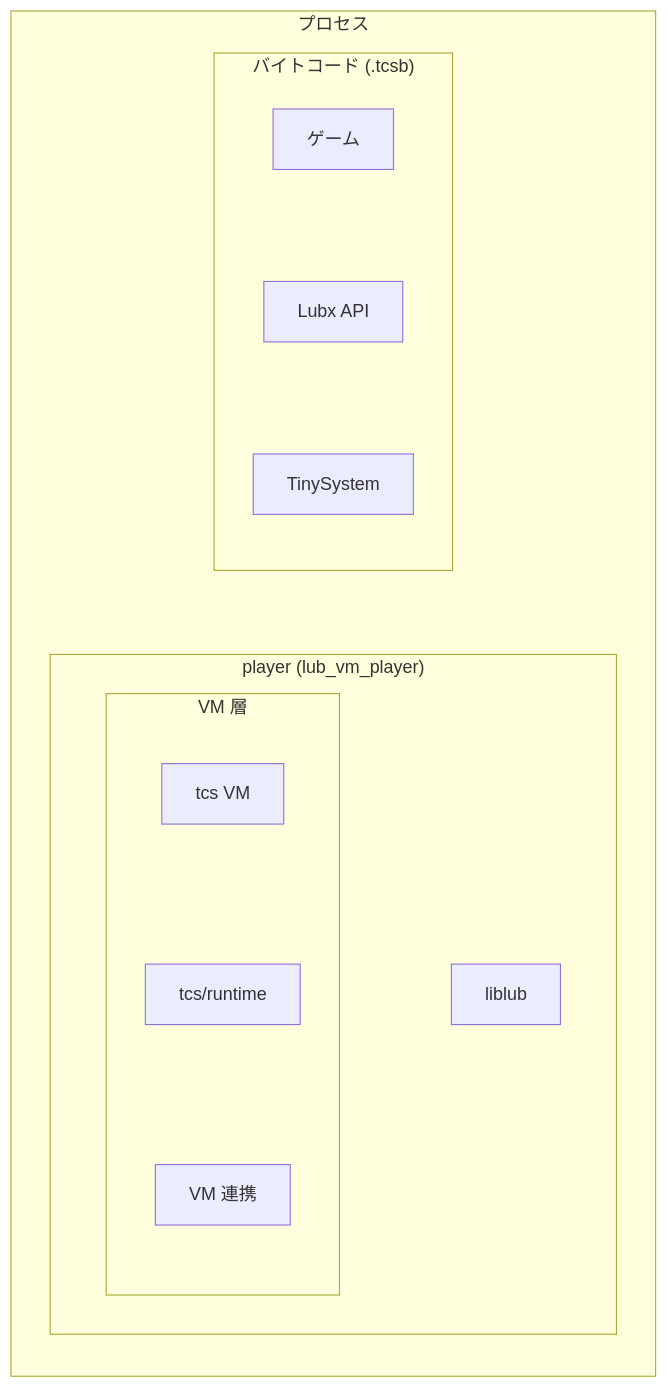
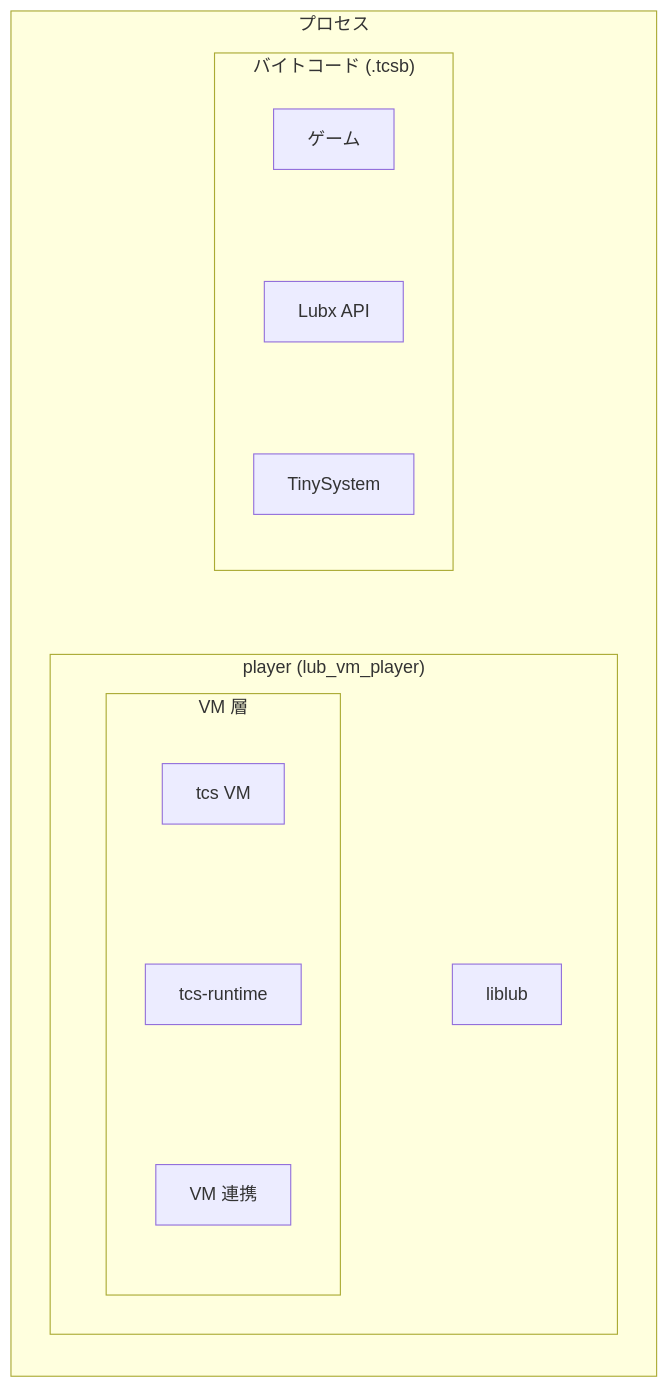
One commit to neguse/lub changed the first of 3 diagrams in docs/develop.md. Above: the diagram before and after it, drawn with Mermaid. The commit also changed other lines of this file and 124 other files, not shown here.

First line of the commit message:
tcs の本体、VM、runtime を src/ の下に移す

````diff
--- a/docs/develop.md
+++ b/docs/develop.md
@@ -22,18 +22,18 @@
 ```mermaid
 flowchart LR
     subgraph vm_proc["プロセス"]
         subgraph vm_mod["バイトコード (.tcsb)"]
             direction TB
             vm_game["ゲーム"] ~~~ vm_lubx["Lubx API"] ~~~ vm_ts["TinySystem"]
         end
         subgraph vm_player["player (lub_vm_player)"]
             subgraph vm_core["VM 層"]
                 direction TB
-                vm_vm["tcs VM"] ~~~ vm_rt["tcs/runtime"] ~~~ vm_glue["VM 連携"]
+                vm_vm["tcs VM"] ~~~ vm_rt["tcs-runtime"] ~~~ vm_glue["VM 連携"]
             end
             vm_lib["liblub"]
             vm_core ~~~ vm_lib
         end
         vm_mod ~~~ vm_player
     end
 ```
````
